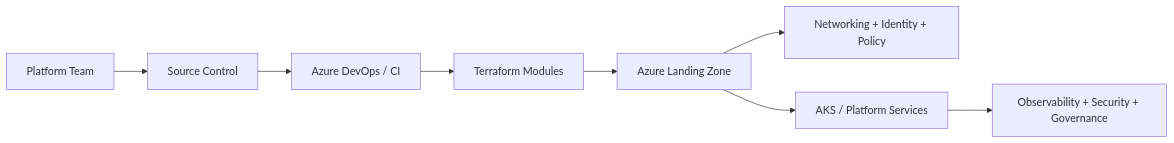
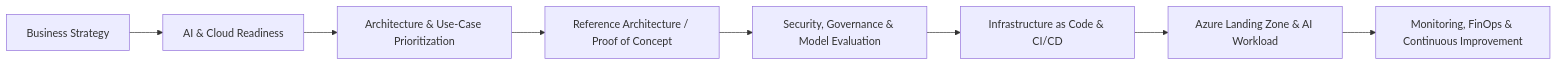
The diagram in README.md (pankajdsgithub/pankajdsgithub), drawn with Mermaid before and after one commit. The commit also changed other lines of this file and 1 other file, not shown here.

````diff
--- a/README.md
+++ b/README.md
@@ -85,10 +58,10 @@
 ```mermaid
 flowchart LR
-    A[Platform Team] --> B[Source Control]
-    B --> C[Azure DevOps / CI]
-    C --> D[Terraform Modules]
-    D --> E[Azure Landing Zone]
-    E --> F[Networking + Identity + Policy]
-    E --> G[AKS / Platform Services]
-    G --> H[Observability + Security + Governance]
+    A[Business Strategy] --> B[AI &amp; Cloud Readiness]
+    B --> C[Architecture &amp; Use-Case Prioritization]
+    C --> D[Reference Architecture / Proof of Concept]
+    D --> E[Security, Governance &amp; Model Evaluation]
+    E --> F[Infrastructure as Code &amp; CI/CD]
+    F --> G[Azure Landing Zone &amp; AI Workload]
+    G --> H[Monitoring, FinOps &amp; Continuous Improvement]
 ```
````
